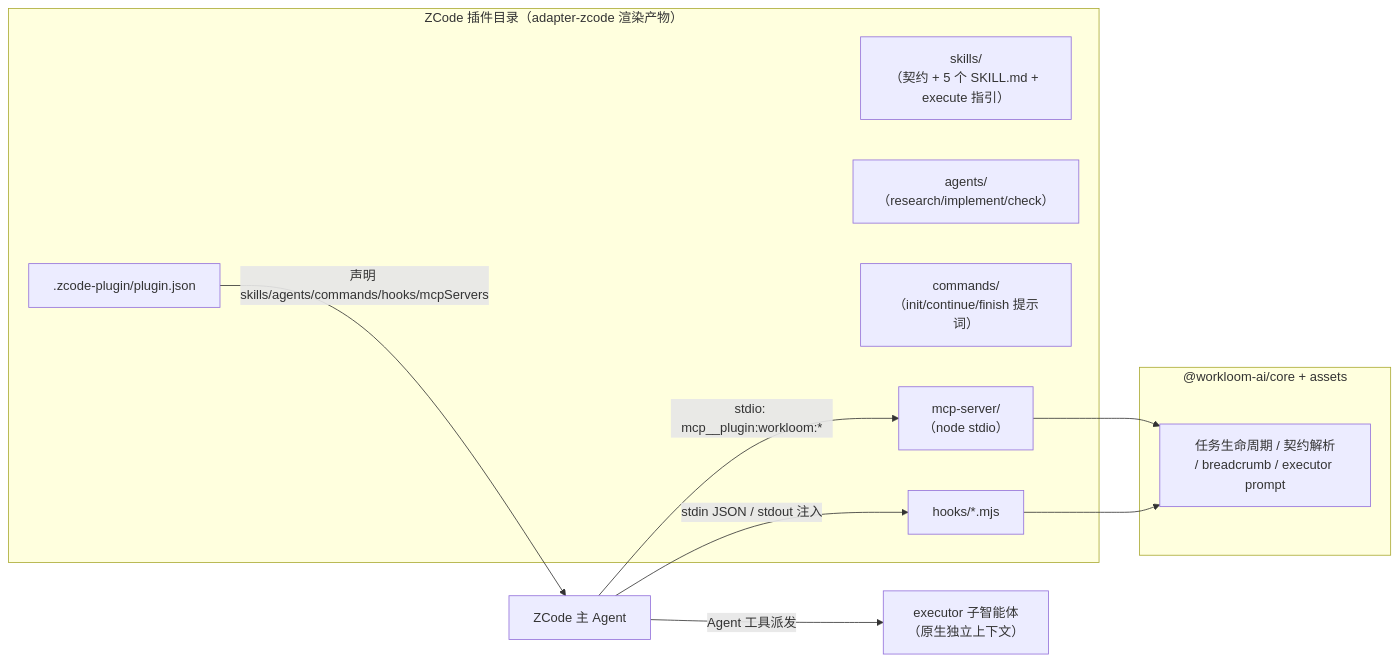
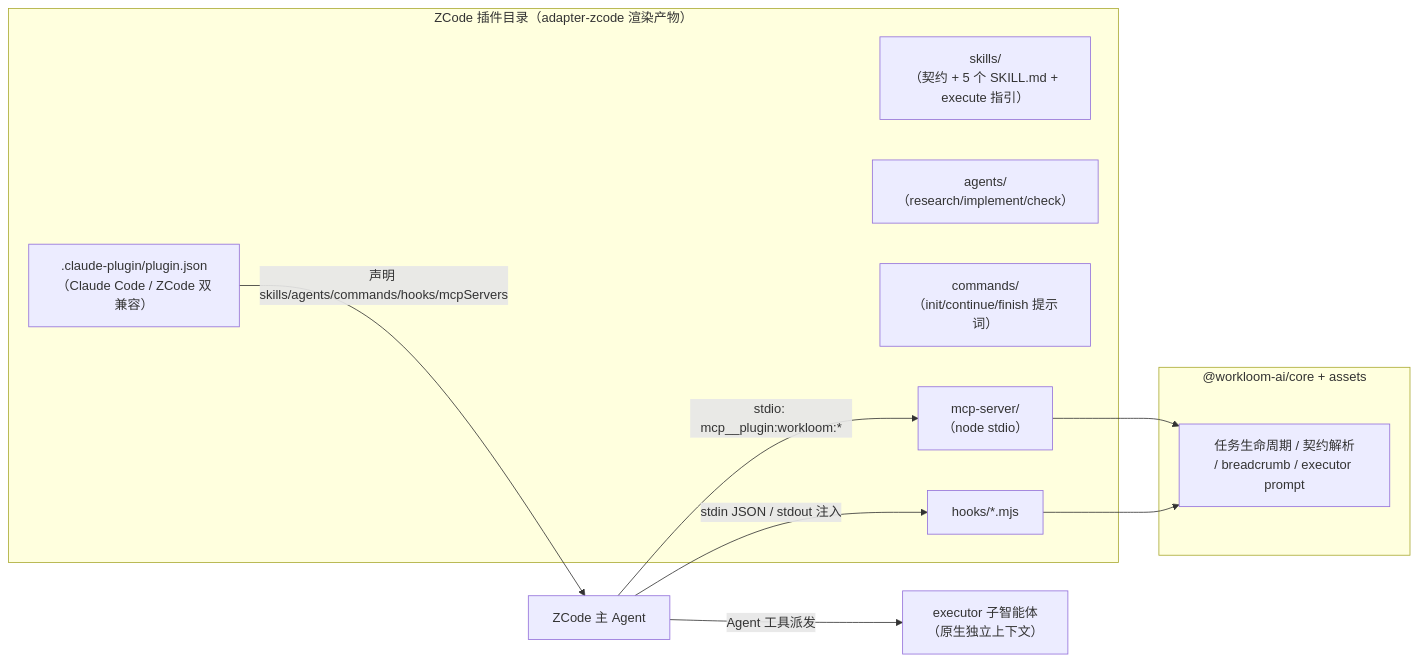
One commit to northwang-lucky/workloom changed the diagram in docs/research/zcode-plugin-support.md. Above: the diagram before and after it, drawn with Mermaid. The commit also changed other lines of this file, not shown here.

First line of the commit message:
docs(research): 以 vercel-plugin 实证固化多端薄 manifest 分发形态

````diff
--- a/docs/research/zcode-plugin-support.md
+++ b/docs/research/zcode-plugin-support.md
@@ -126,22 +143,22 @@
 ```mermaid
 graph LR
     subgraph ZP["ZCode 插件目录（adapter-zcode 渲染产物）"]
-        MF[".zcode-plugin/plugin.json"]
+        MF[".claude-plugin/plugin.json<br>（Claude Code / ZCode 双兼容）"]
         SK["skills/<br>（契约 + 5 个 SKILL.md + execute 指引）"]
         AG["agents/<br>（research/implement/check）"]
         CMD["commands/<br>（init/continue/finish 提示词）"]
         HK["hooks/*.mjs"]
         MS["mcp-server/<br>（node stdio）"]
     end
     subgraph WL["@workloom-ai/core + assets"]
         CORE["任务生命周期 / 契约解析<br>/ breadcrumb / executor prompt"]
     end
     ZC["ZCode 主 Agent"]
     SUB["executor 子智能体<br>（原生独立上下文）"]
     MF -->|"声明 skills/agents/commands/hooks/mcpServers"| ZC
     ZC -->|"stdio: mcp__plugin:workloom:*"| MS
     ZC -->|"stdin JSON / stdout 注入"| HK
     ZC -->|"Agent 工具派发"| SUB
     MS --> CORE
     HK --> CORE
 ```
````
